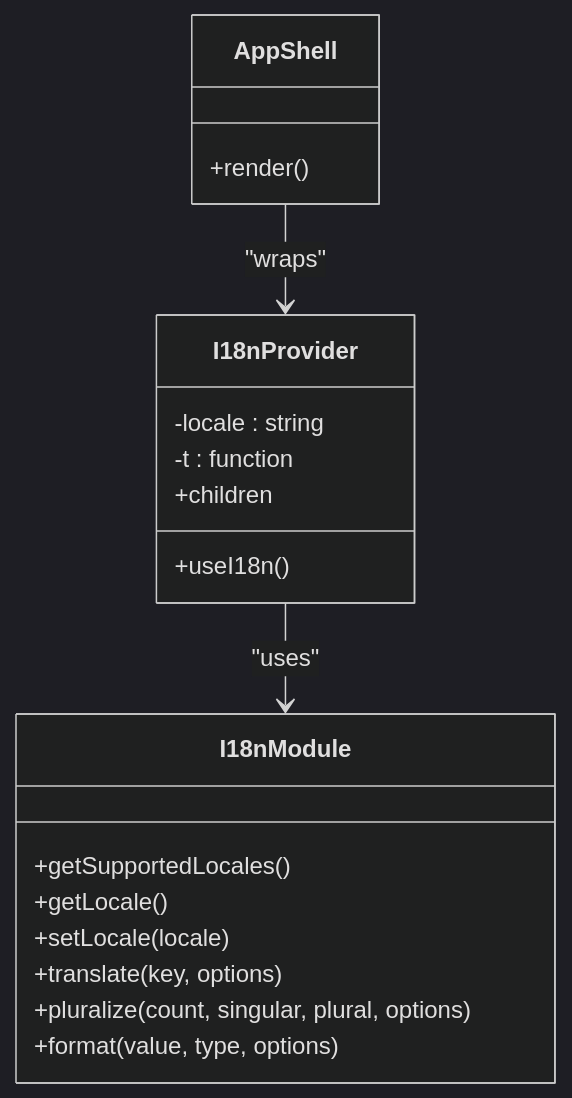
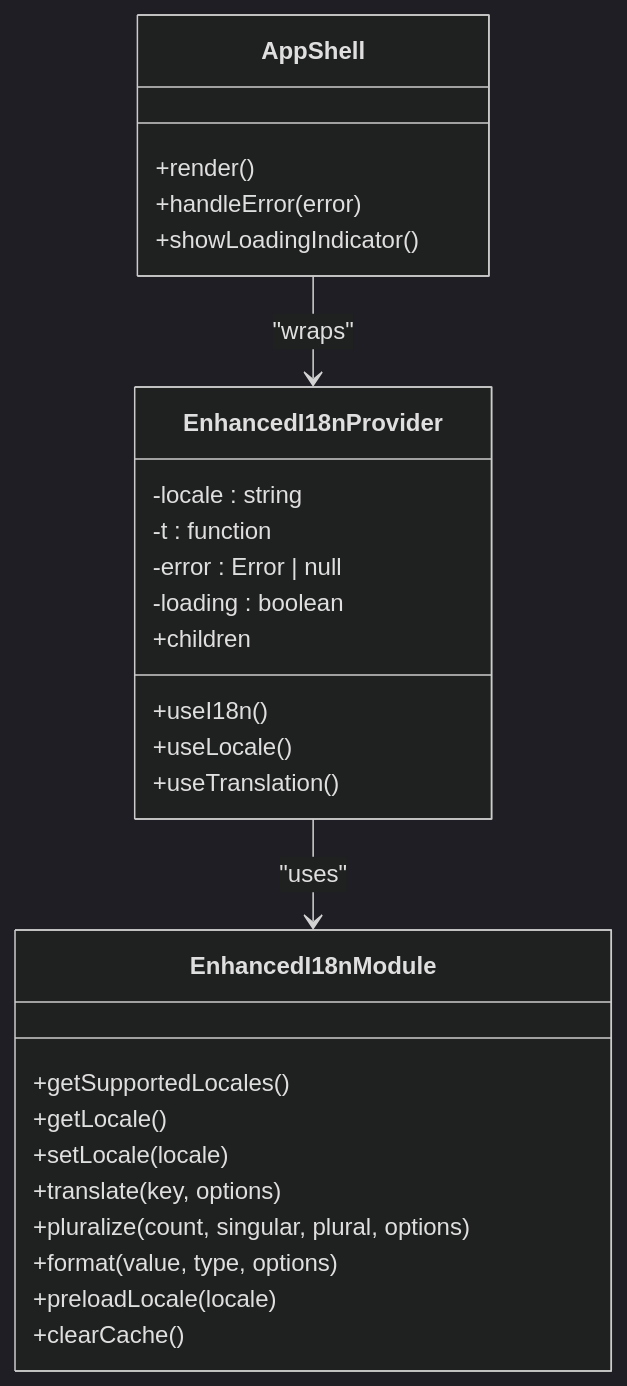
Before and after one commit to zmyeo54/briefroom: the third of 5 diagrams in .qoder/repowiki/en/content/Utility Libraries/Internationalization (i18n).md, drawn with Mermaid (dark theme). The commit also changed other lines of this file and 41 other files, not shown here.

First line of the commit message:
docs(core-features): add detailed documentation for Mindmap Visualization and Onboarding Tour System

````diff
--- a/.qoder/repowiki/en/content/Utility Libraries/Internationalization (i18n).md
+++ b/.qoder/repowiki/en/content/Utility Libraries/Internationalization (i18n).md
@@ -169,22 +213,30 @@
 ```mermaid
 classDiagram
-class I18nModule {
+class EnhancedI18nModule {
 +getSupportedLocales()
 +getLocale()
 +setLocale(locale)
 +translate(key, options)
 +pluralize(count, singular, plural, options)
 +format(value, type, options)
++preloadLocale(locale)
++clearCache()
 }
-class I18nProvider {
+class EnhancedI18nProvider {
 -locale : string
 -t : function
+-error : Error | null
+-loading : boolean
 +children
 +useI18n()
++useLocale()
++useTranslation()
 }
 class AppShell {
 +render()
++handleError(error)
++showLoadingIndicator()
 }
-I18nProvider --> I18nModule : "uses"
-AppShell --> I18nProvider : "wraps"
+EnhancedI18nProvider --> EnhancedI18nModule : "uses"
+AppShell --> EnhancedI18nProvider : "wraps"
 ```
````
